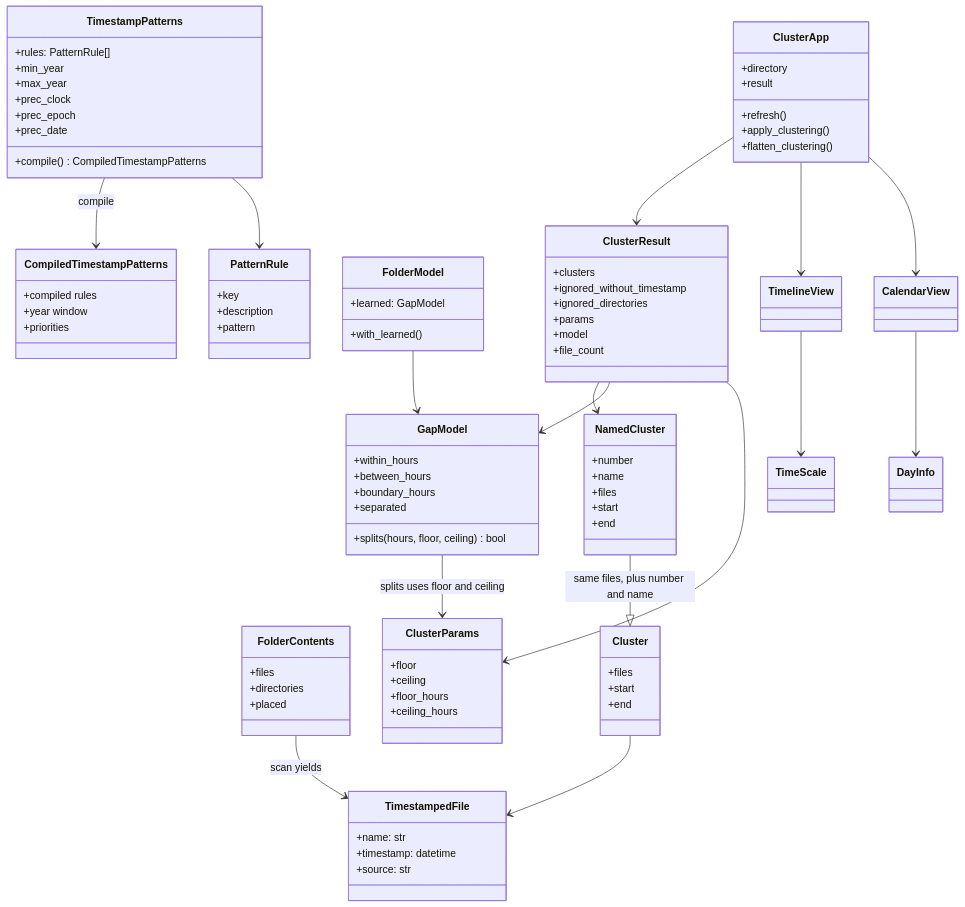
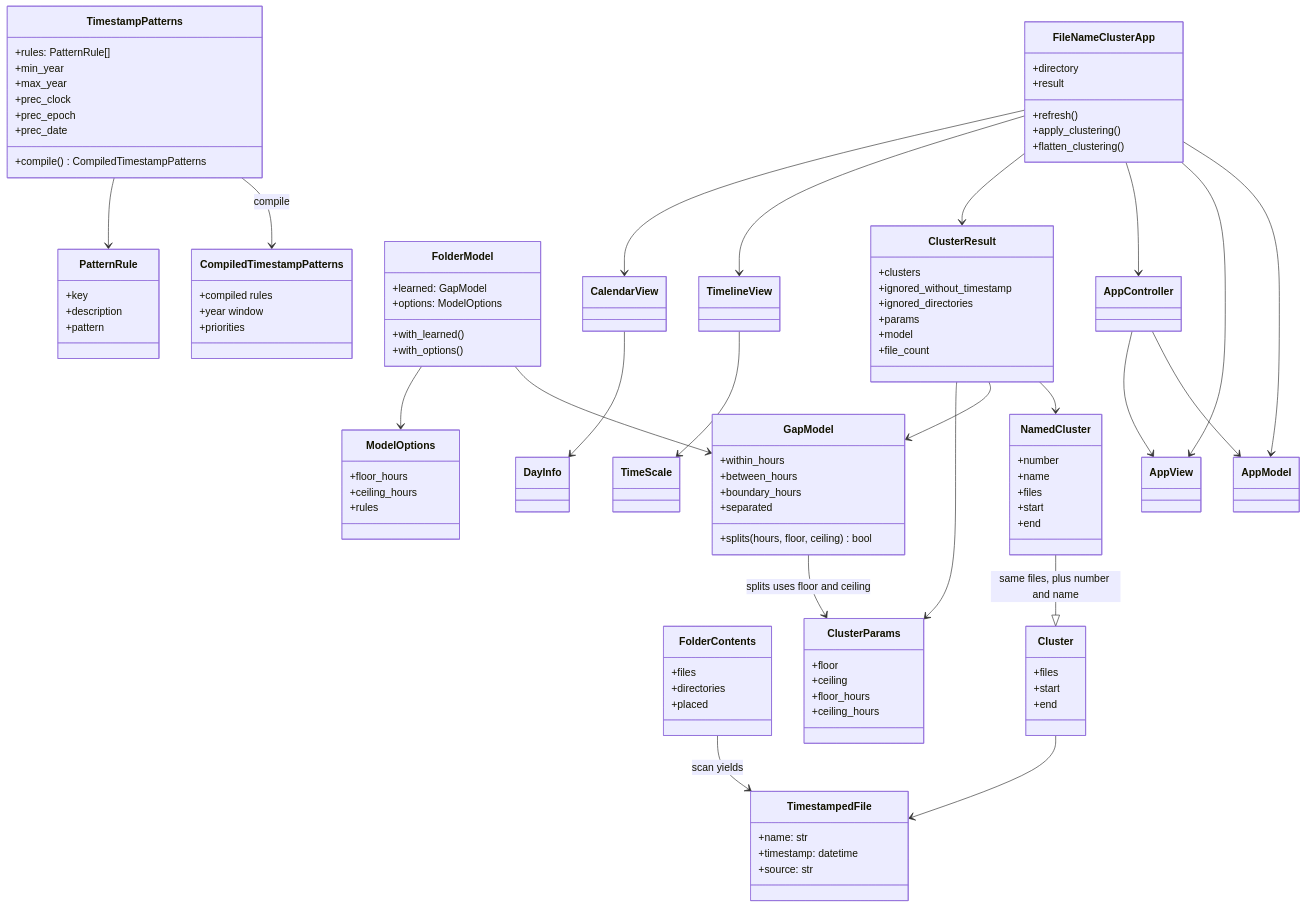
One commit to rvcgeeks/filenamecluster changed the third of 5 diagrams in docs/architecture.md. Above: the diagram before and after it, drawn with Mermaid. The commit also changed other lines of this file and 73 other files, not shown here.

````diff
--- a/docs/architecture.md
+++ b/docs/architecture.md
@@ -143,8 +143,18 @@
     }
     class FolderModel {
         +learned: GapModel
+        +options: ModelOptions
         +with_learned()
+        +with_options()
     }
+    class ModelOptions {
+        +floor_hours
+        +ceiling_hours
+        +rules
+    }
+    class AppModel
+    class AppView
+    class AppController
     class Cluster {
         +files
         +start
@@ -165,7 +175,7 @@
         +model
         +file_count
     }
-    class ClusterApp {
+    class FileNameClusterApp {
         +directory
         +result
         +refresh()
@@ -187,9 +197,15 @@
     ClusterResult --> ClusterParams
     FolderModel --> GapModel
     GapModel --> ClusterParams : splits uses floor and ceiling
-    ClusterApp --> ClusterResult
-    ClusterApp --> TimelineView
-    ClusterApp --> CalendarView
+    FolderModel --> ModelOptions
+    FileNameClusterApp --> AppModel
+    FileNameClusterApp --> AppView
+    FileNameClusterApp --> AppController
+    AppController --> AppModel
+    AppController --> AppView
+    FileNameClusterApp --> ClusterResult
+    FileNameClusterApp --> TimelineView
+    FileNameClusterApp --> CalendarView
     TimelineView --> TimeScale
     CalendarView --> DayInfo
 ```
````
